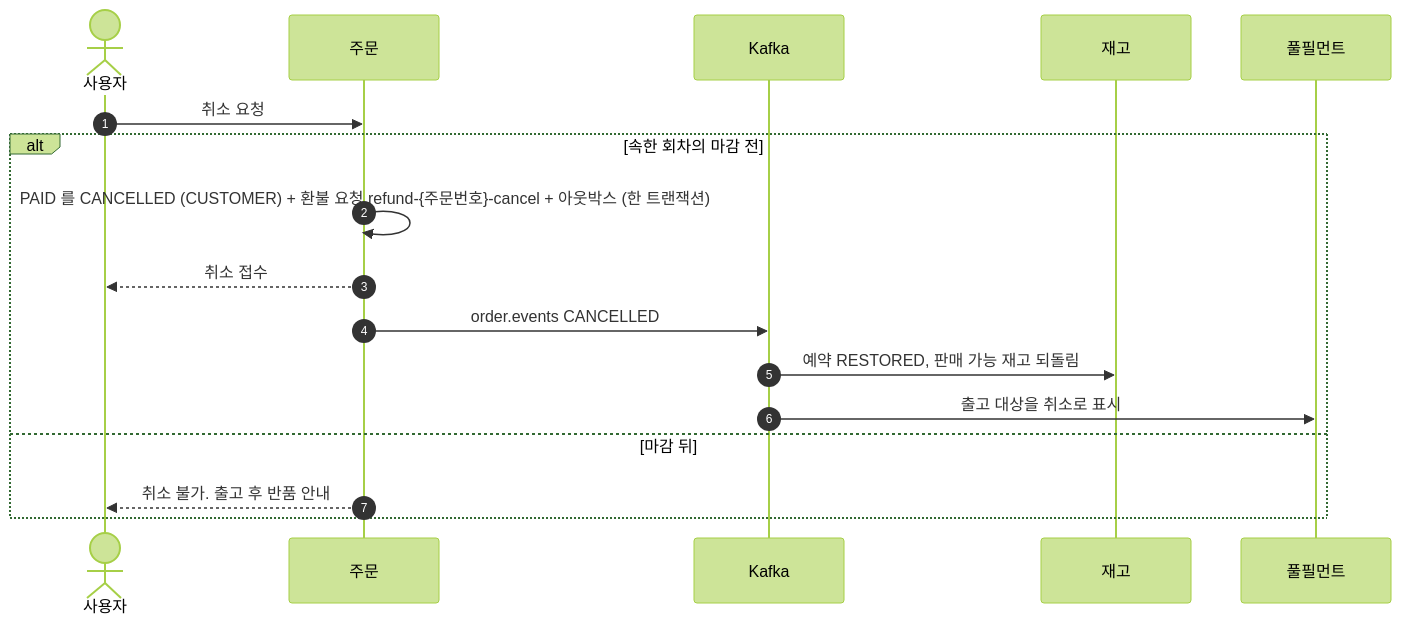
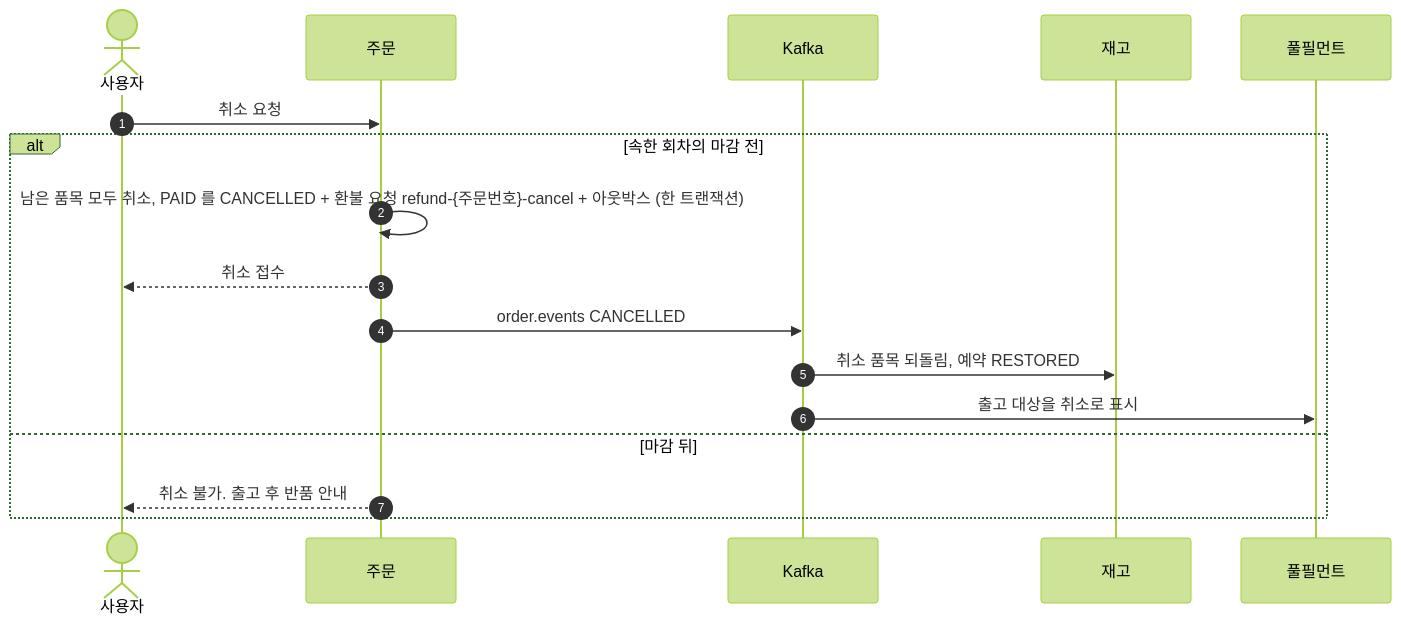
The first of 4 diagrams in docs/sequence/04-취소와-환불.md (Bamdule/dawn-delivery-commerce), drawn with Mermaid (forest theme) before and after one commit. The commit also changed other lines of this file and 16 other files, not shown here.

````diff
--- a/docs/sequence/04-취소와-환불.md
+++ b/docs/sequence/04-취소와-환불.md
@@ -16,20 +16,20 @@
 ```mermaid
 sequenceDiagram
     autonumber
     actor 사용자
     participant 주문
     participant 카프카 as Kafka
     participant 재고
     participant 풀필먼트
 
     사용자->>주문: 취소 요청
     alt 속한 회차의 마감 전
-        주문->>주문: PAID 를 CANCELLED (CUSTOMER) + 환불 요청 refund-{주문번호}-cancel + 아웃박스 (한 트랜잭션)
+        주문->>주문: 남은 품목 모두 취소, PAID 를 CANCELLED + 환불 요청 refund-{주문번호}-cancel + 아웃박스 (한 트랜잭션)
         주문-->>사용자: 취소 접수
         주문->>카프카: order.events CANCELLED
-        카프카->>재고: 예약 RESTORED, 판매 가능 재고 되돌림
+        카프카->>재고: 취소 품목 되돌림, 예약 RESTORED
         카프카->>풀필먼트: 출고 대상을 취소로 표시
     else 마감 뒤
         주문-->>사용자: 취소 불가. 출고 후 반품 안내
     end
 ```
````
